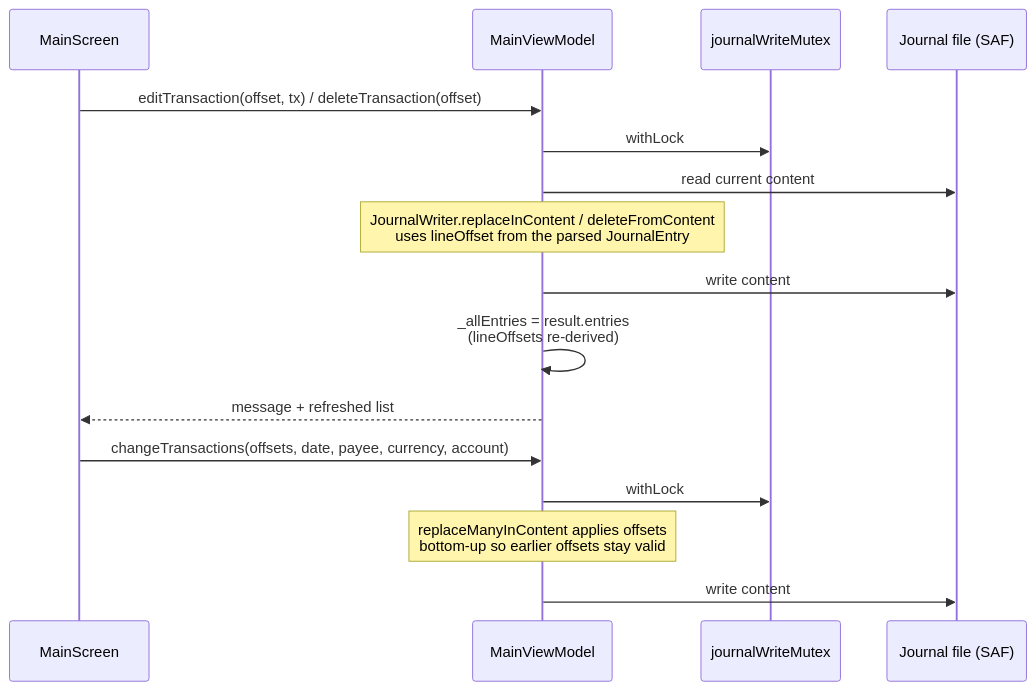
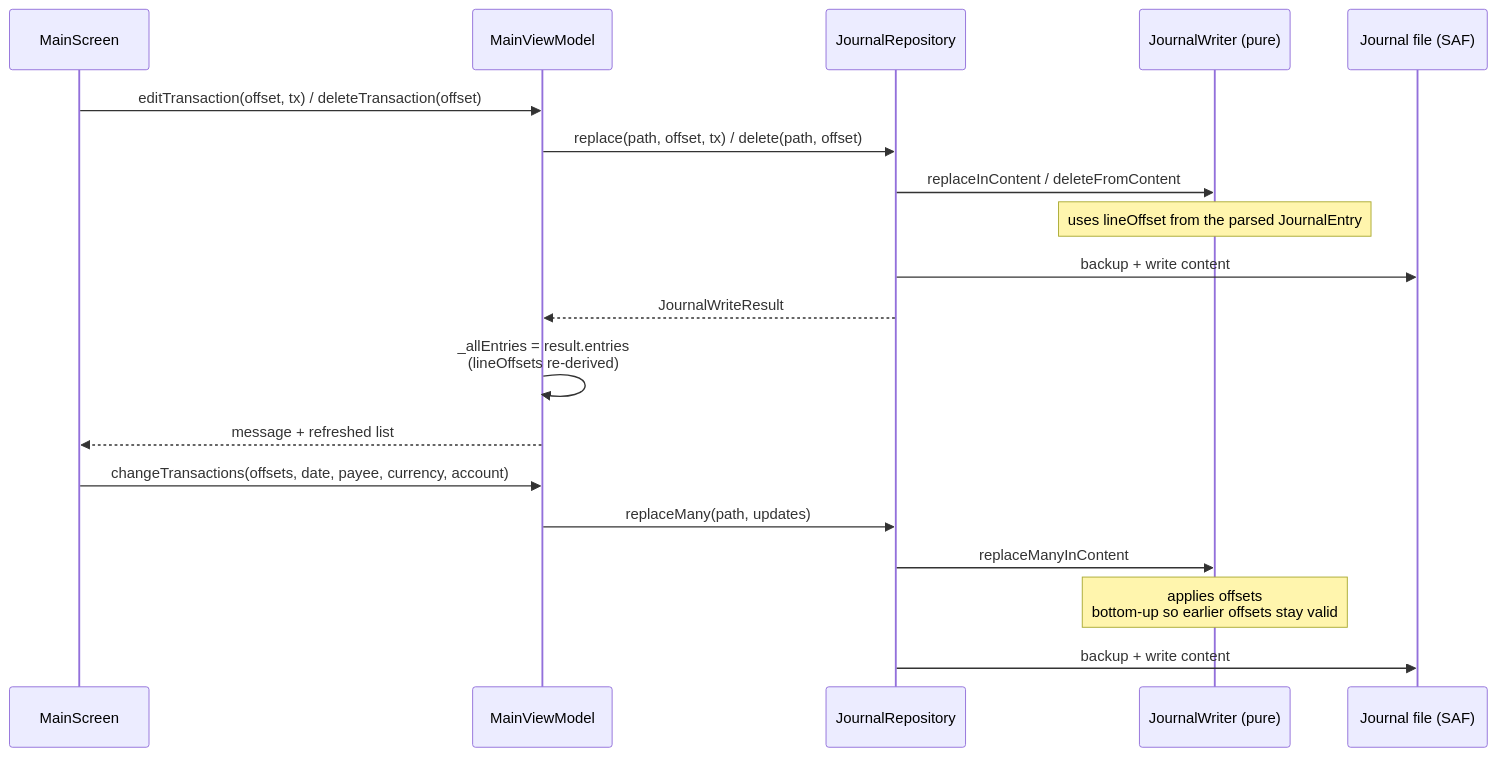
One commit to ukizet/NotifLedger changed the fifth of 8 diagrams in docs/architecture.md. Above: the diagram before and after it, drawn with Mermaid. The commit also changed other lines of this file and 23 other files, not shown here.

Commit message:
fix review findings: body-first amounts, repository journal I/O, off-main listener

````diff
--- a/docs/architecture.md
+++ b/docs/architecture.md
@@ -181,20 +194,23 @@
 ```mermaid
 sequenceDiagram
     participant UI as MainScreen
     participant VM as MainViewModel
-    participant M as journalWriteMutex
+    participant R as JournalRepository
+    participant J as JournalWriter (pure)
     participant SAF as Journal file (SAF)
 
     UI->>VM: editTransaction(offset, tx) / deleteTransaction(offset)
-    VM->>M: withLock
-    VM->>SAF: read current content
-    Note over VM: JournalWriter.replaceInContent / deleteFromContent<br/>uses lineOffset from the parsed JournalEntry
-    VM->>SAF: write content
+    VM->>R: replace(path, offset, tx) / delete(path, offset)
+    R->>J: replaceInContent / deleteFromContent
+    Note over J: uses lineOffset from the parsed JournalEntry
+    R->>SAF: backup + write content
+    R-->>VM: JournalWriteResult
     VM->>VM: _allEntries = result.entries<br/>(lineOffsets re-derived)
     VM-->>UI: message + refreshed list
 
     UI->>VM: changeTransactions(offsets, date, payee, currency, account)
-    VM->>M: withLock
-    Note over VM: replaceManyInContent applies offsets<br/>bottom-up so earlier offsets stay valid
-    VM->>SAF: write content
+    VM->>R: replaceMany(path, updates)
+    R->>J: replaceManyInContent
+    Note over J: applies offsets<br/>bottom-up so earlier offsets stay valid
+    R->>SAF: backup + write content
 ```
````
